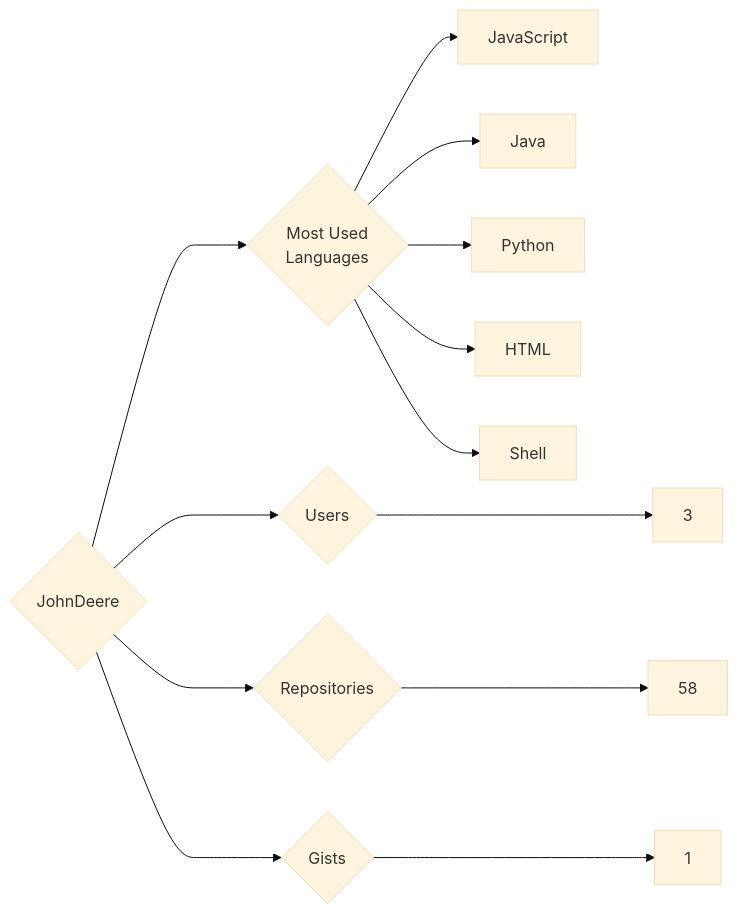
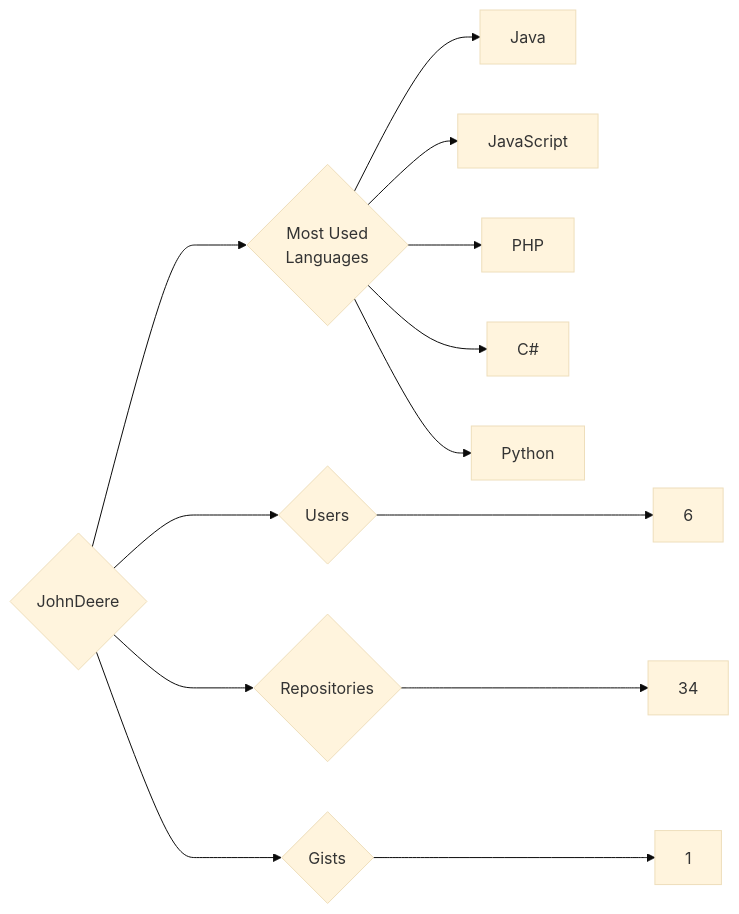
One commit to trickest/insiders changed the diagram in targets/JohnDeere/README.md. Above: the diagram before and after it, drawn with Mermaid (base theme). The commit also changed 1195 other files, not shown here.

````diff
--- a/targets/JohnDeere/README.md
+++ b/targets/JohnDeere/README.md
@@ -3,13 +3,13 @@
 ```mermaid
 graph LR
 COMPANY_NAME{JohnDeere}
-COMPANY_NAME ---> U{Users} ---> UN[3]
-COMPANY_NAME ---> R{Repositories} ---> RN[58]
+COMPANY_NAME ---> U{Users} ---> UN[6]
+COMPANY_NAME ---> R{Repositories} ---> RN[34]
 COMPANY_NAME ---> G{Gists} ---> GN[1]
 COMPANY_NAME ---> ML{Most Used<br>Languages}
+ML --> Java[Java]
 ML --> JavaScript[JavaScript]
-ML --> Java[Java]
+ML --> PHP[PHP]
+ML --> C#[C#]
 ML --> Python[Python]
-ML --> HTML[HTML]
-ML --> Shell[Shell]
 ```
````
